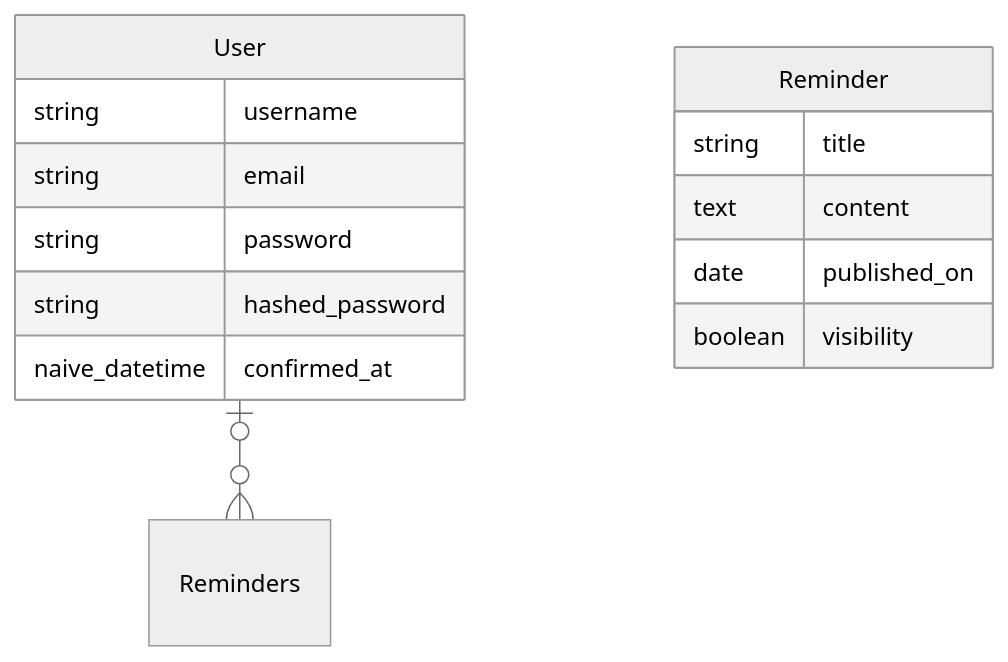
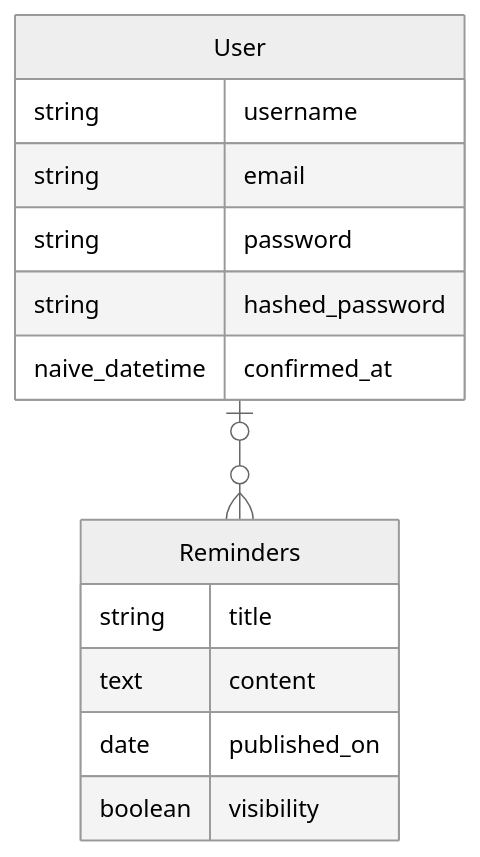
One commit to stebbinsi2/capstone_DYA changed the diagram in remind_me/README.md. Above: the diagram before and after it, drawn with Mermaid (neutral theme).

Commit message:
Edited ERD

````diff
--- a/remind_me/README.md
+++ b/remind_me/README.md
@@ -20,21 +20,21 @@
 ```mermaid
 erDiagram
 User {
   string username
   string email
   string password
   string hashed_password
   naive_datetime confirmed_at
 }
 
-Reminder {
+Reminders {
     string title
     text content
     date published_on
     boolean visibility
 }
 
 
 
 User |O--O{ Reminders: ""
 ```
````
